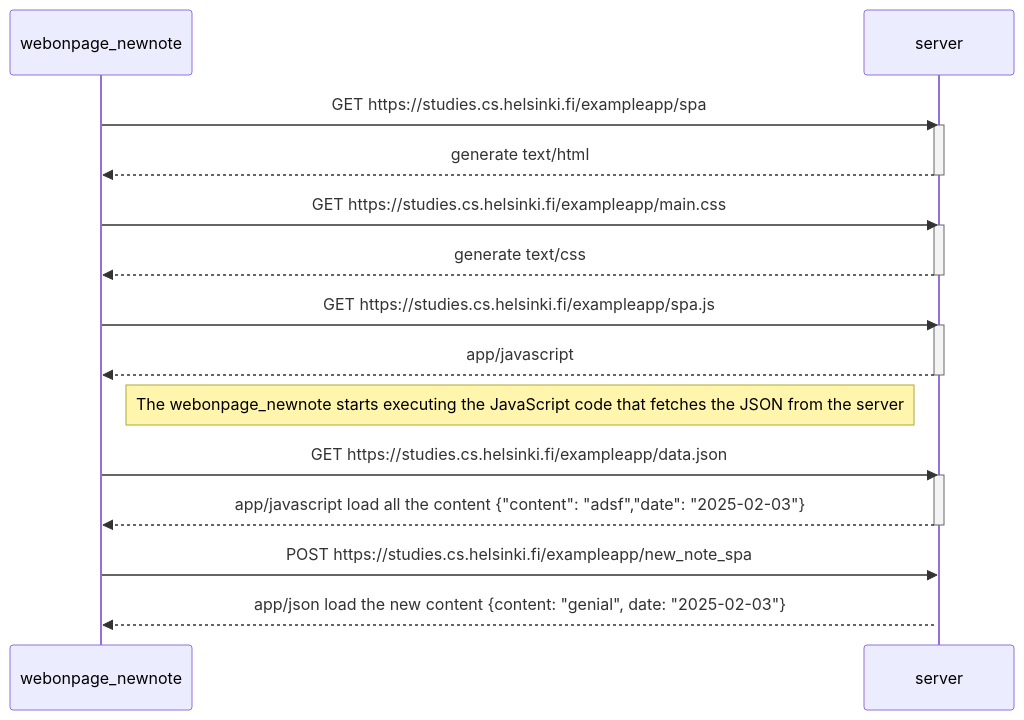
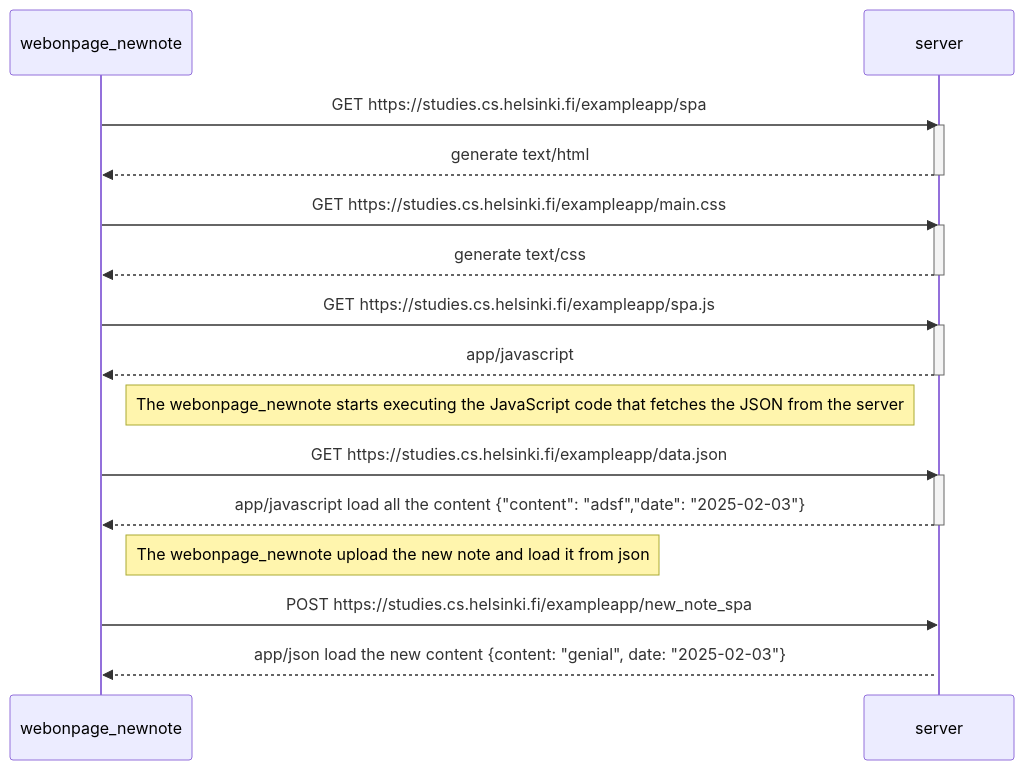
Before and after one commit to sularhen/FullStackOpen: the diagram in Part0/0.6[diagram_example_onepage_newnote].md, drawn with Mermaid.

````diff
--- a/Part0/0.6[diagram_example_onepage_newnote].md
+++ b/Part0/0.6[diagram_example_onepage_newnote].md
@@ -1,32 +1,32 @@
 ```mermaid
 
 sequenceDiagram
 participant webonpage_newnote
 participant server
 
   webonpage_newnote->>server: GET https://studies.cs.helsinki.fi/exampleapp/spa
   activate server
   server-->>webonpage_newnote: generate text/html
   deactivate server
 
   webonpage_newnote->>server: GET https://studies.cs.helsinki.fi/exampleapp/main.css
   activate server
   server-->>webonpage_newnote: generate text/css
   deactivate server
 
   webonpage_newnote->>server: GET https://studies.cs.helsinki.fi/exampleapp/spa.js
   activate server
   server-->>webonpage_newnote: app/javascript
   deactivate server
 
   Note right of webonpage_newnote: The webonpage_newnote starts executing the JavaScript code that fetches the JSON from the server
 
   webonpage_newnote->>server: GET https://studies.cs.helsinki.fi/exampleapp/data.json
   activate server
   server-->>webonpage_newnote: app/javascript load all the content {"content": "adsf","date": "2025-02-03"}
   deactivate server
-
+ Note right of webonpage_newnote: The webonpage_newnote upload the new note and load it from json
   webonpage_newnote->>server: POST https://studies.cs.helsinki.fi/exampleapp/new_note_spa
   activate server
   server-->>webonpage_newnote: app/json load the new content {content: "genial", date: "2025-02-03"}
 ```
````
